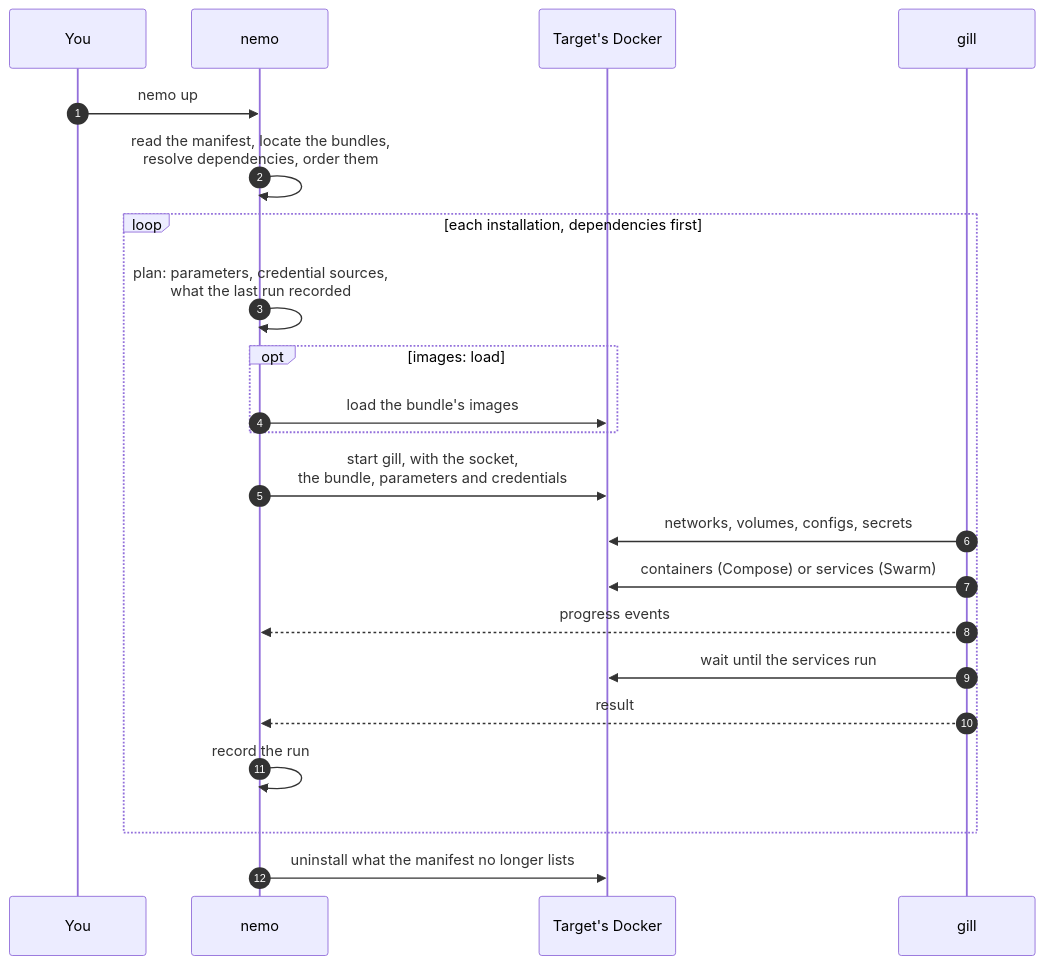
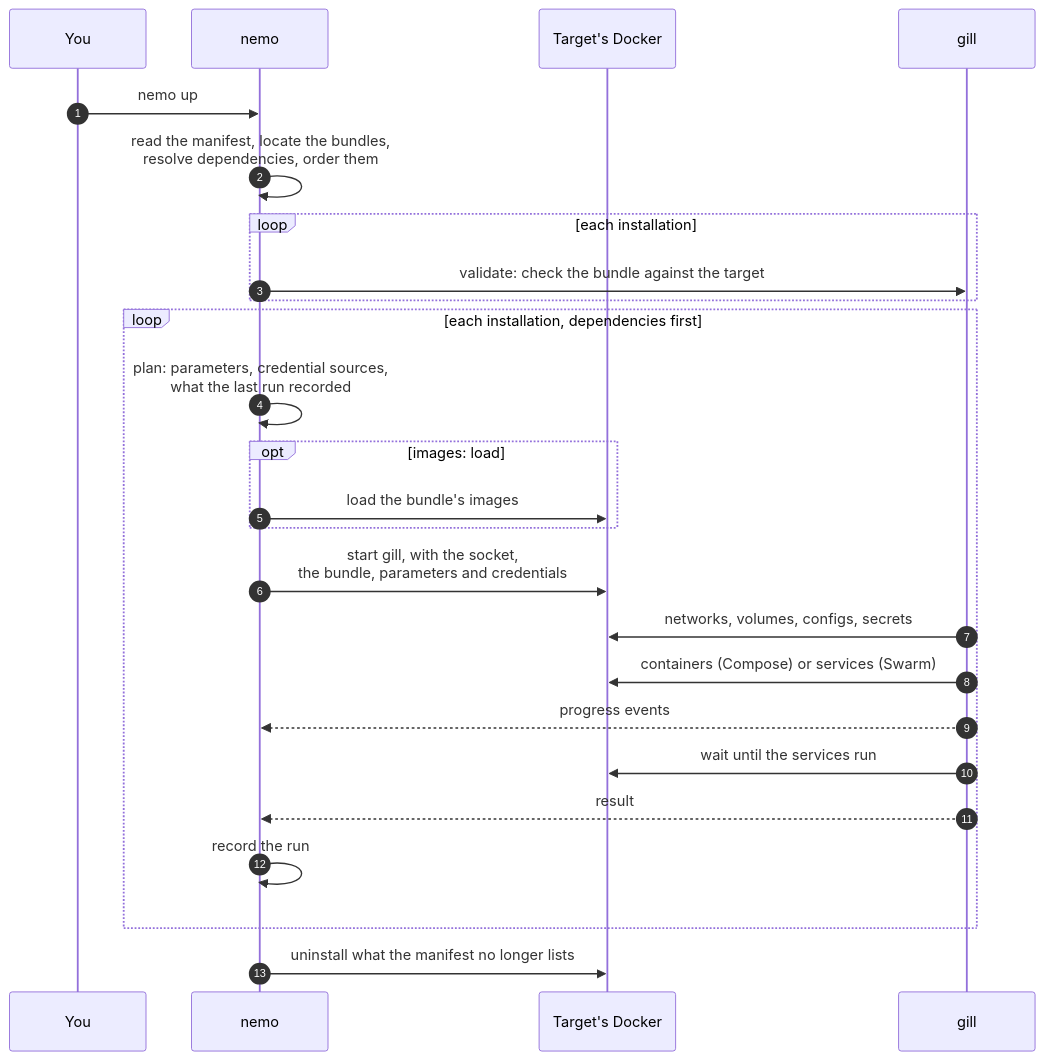
One commit to sntns/nemo changed the second of 2 diagrams in docs/how-it-works.md. Above: the diagram before and after it, drawn with Mermaid. The commit also changed 10 other files, not shown here.

First line of the commit message:
feat: check every bundle before up installs the first

````diff
--- a/docs/how-it-works.md
+++ b/docs/how-it-works.md
@@ -28,24 +28,27 @@
 ```mermaid
 sequenceDiagram
     autonumber
     participant You
     participant nemo
     participant Docker as Target's Docker
     participant gill
     You->>nemo: nemo up
     nemo->>nemo: read the manifest, locate the bundles,<br/>resolve dependencies, order them
+    loop each installation
+        nemo->>gill: validate: check the bundle against the target
+    end
     loop each installation, dependencies first
         nemo->>nemo: plan: parameters, credential sources,<br/>what the last run recorded
         opt images: load
             nemo->>Docker: load the bundle's images
         end
         nemo->>Docker: start gill, with the socket,<br/>the bundle, parameters and credentials
         gill->>Docker: networks, volumes, configs, secrets
         gill->>Docker: containers (Compose) or services (Swarm)
         gill-->>nemo: progress events
         gill->>Docker: wait until the services run
         gill-->>nemo: result
         nemo->>nemo: record the run
     end
     nemo->>Docker: uninstall what the manifest no longer lists
 ```
````
